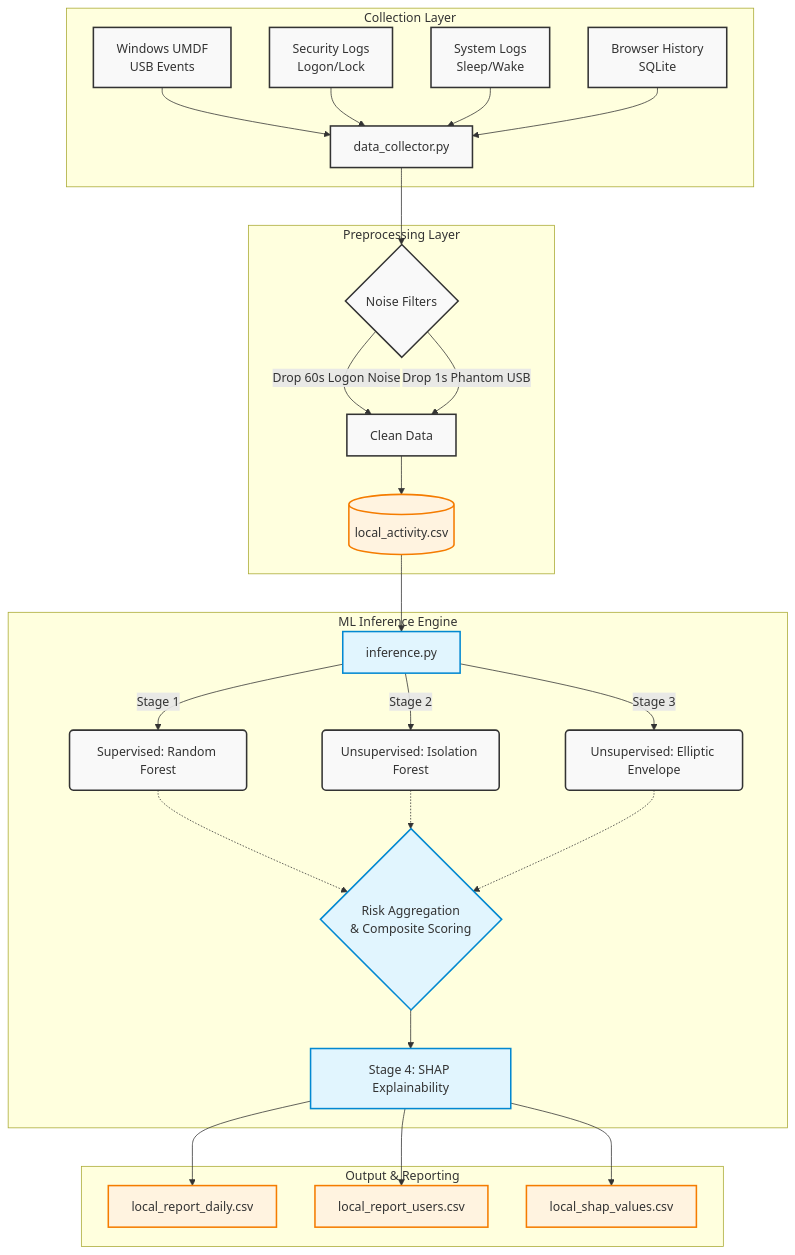
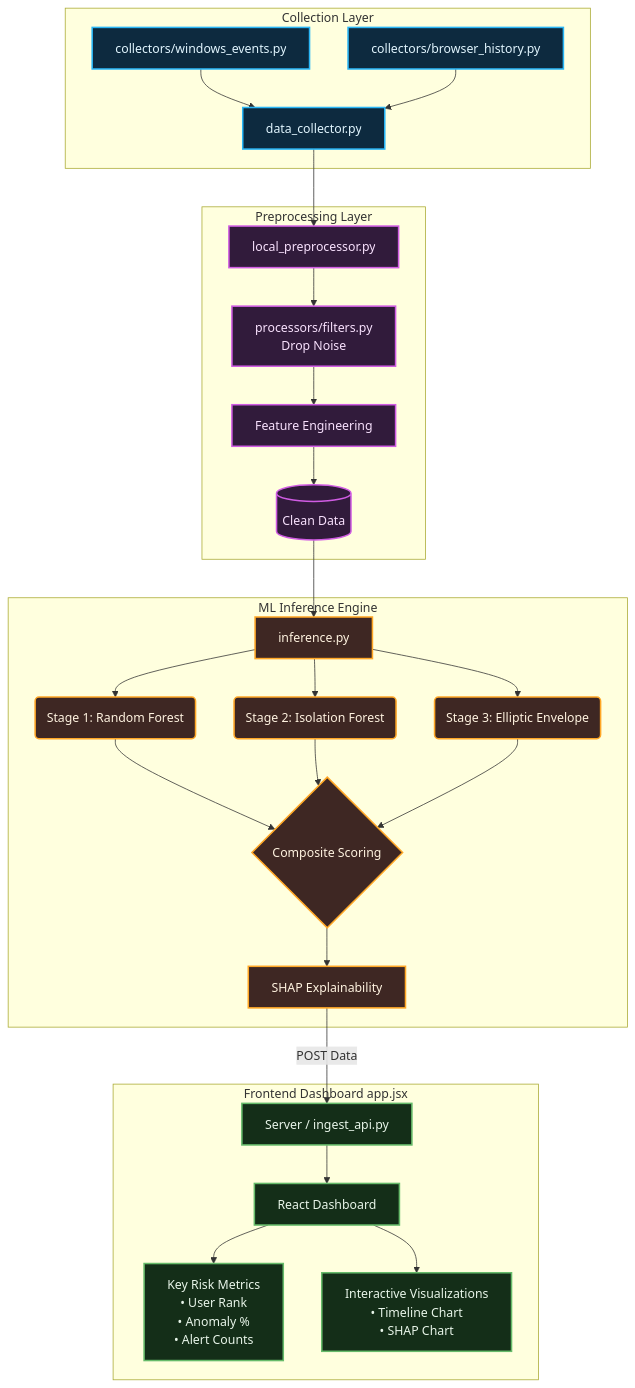
Before and after one commit to rakuda04/ITDer: the diagram in README.md, drawn with Mermaid.

Commit message:
edit diagram

````diff
--- a/README.md
+++ b/README.md
@@ -10,44 +10,53 @@
 ```mermaid
 graph TD
+    %% Collection Layer
     subgraph Collection Layer
-        A[Windows UMDF<br>USB Events] --> E
-        B[Security Logs<br>Logon/Lock] --> E
-        C[System Logs<br>Sleep/Wake] --> E
-        D[Browser History<br>SQLite] --> E
+        WE[collectors/windows_events.py] --> COL[data_collector.py]
+        BH[collectors/browser_history.py] --> COL
     end
 
+    %% Preprocessing Layer
     subgraph Preprocessing Layer
-        E[data_collector.py] --> F{Noise Filters}
-        F -->|Drop 60s Logon Noise| G[Clean Data]
-        F -->|Drop 1s Phantom USB| G
-        G --> H[(local_activity.csv)]
+        COL --> PRE[local_preprocessor.py]
+        PRE --> FILT[processors/filters.py<br>Drop Noise]
+        FILT --> FEAT[Feature Engineering]
+        FEAT --> CLEAN[(Clean Data)]
     end
 
+    %% ML Engine
     subgraph ML Inference Engine
-        H --> I[inference.py]
+        CLEAN --> INF[inference.py]
         
-        I -->|Stage 1| J(Supervised: Random Forest)
-        I -->|Stage 2| K(Unsupervised: Isolation Forest)
-        I -->|Stage 3| L(Unsupervised: Elliptic Envelope)
+        INF --> RF(Stage 1: Random Forest)
+        INF --> ISO(Stage 2: Isolation Forest)
+        INF --> EE(Stage 3: Elliptic Envelope)
 
-        J -.-> M{Risk Aggregation<br>& Composite Scoring}
-        K -.-> M
-        L -.-> M
+        RF --> AGG{Composite Scoring}
+        ISO --> AGG
+        EE --> AGG
 
-        M --> N[Stage 4: SHAP Explainability]
+        AGG --> SHAP[SHAP Explainability]
     end
 
-    subgraph Output & Reporting
-        N --> O[local_report_daily.csv]
-        N --> P[local_report_users.csv]
-        N --> Q[local_shap_values.csv]
+    %% Transmission Bridge
+    SHAP -->|POST Data| API[Server / ingest_api.py]
+
+    %% Frontend Dashboard
+    subgraph Frontend Dashboard app.jsx
+        API --> UI[React Dashboard]
+        
+        UI --> STATS[Key Risk Metrics<br>• User Rank<br>• Anomaly %<br>• Alert Counts]
+        UI --> VIZ[Interactive Visualizations<br>• Timeline Chart<br>• SHAP Chart]
     end
 
-    classDef default fill:#f9f9f9,stroke:#333,stroke-width:2px;
-    classDef engine fill:#e1f5fe,stroke:#0288d1,stroke-width:2px;
-    classDef storage fill:#fff3e0,stroke:#f57c00,stroke-width:2px;
+    %% Layer-Specific Dark Mode Styling
+    classDef collection fill:#0d2a3f,stroke:#29b6f6,stroke-width:2px,color:#e1f5fe;
+    classDef preprocessing fill:#311b3b,stroke:#d05ce3,stroke-width:2px,color:#f8e1fd;
+    classDef ml fill:#3e2723,stroke:#ffa726,stroke-width:2px,color:#fff3e0;
+    classDef dashboard fill:#142e18,stroke:#66bb6a,stroke-width:2px,color:#e8f5e9;
     
-    class I,M,N engine;
-    class H,O,P,Q storage;
-
+    class WE,BH,COL collection;
+    class PRE,FILT,FEAT,CLEAN preprocessing;
+    class INF,RF,ISO,EE,AGG,SHAP ml;
+    class API,UI,STATS,VIZ dashboard;
 ```
````
